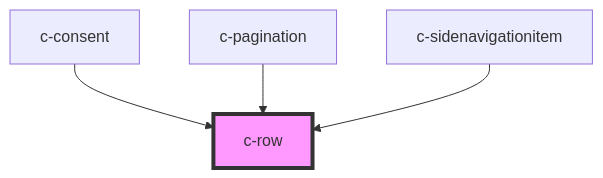
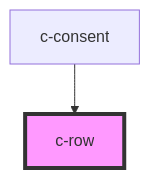
The diagram in src/components/c-row/readme.md (hannyle/csc-ui), drawn with Mermaid before and after one commit. The commit also changed other lines of this file and 3 other files, not shown here.

````diff
--- a/src/components/c-row/readme.md
+++ b/src/components/c-row/readme.md
@@ -34,7 +32,5 @@
 ```mermaid
 graph TD;
   c-consent --> c-row
-  c-pagination --> c-row
-  c-sidenavigationitem --> c-row
   style c-row fill:#f9f,stroke:#333,stroke-width:4px
 ```
````
